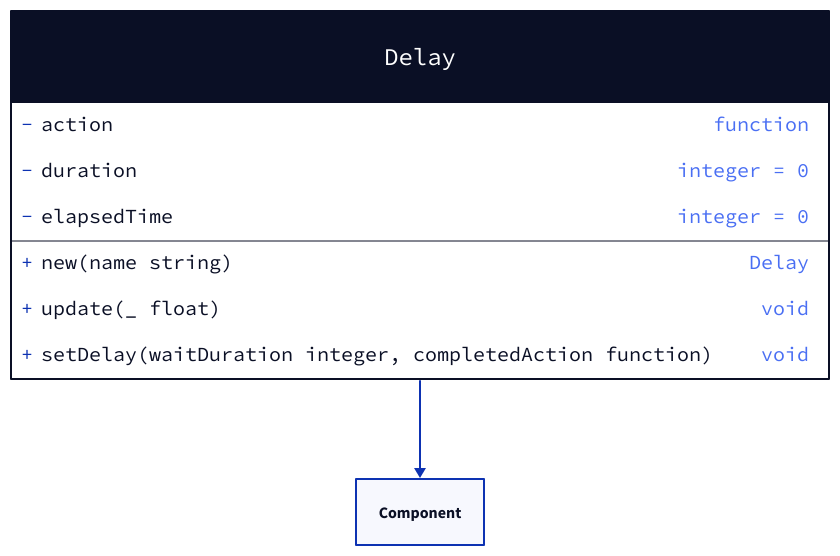
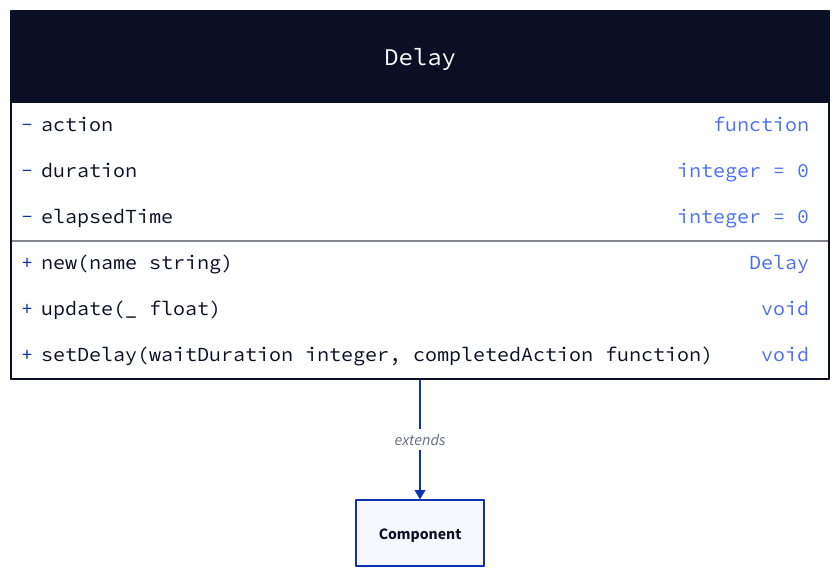
One commit to valcriss/gamingcampus-m1-lua-battletank changed the diagram in docs/delay.d2. Above: the diagram before and after it, drawn with D2. The commit also changed 64 other files, not shown here.

```diff
--- a/docs/delay.d2
+++ b/docs/delay.d2
@@ -1,14 +1,14 @@
 Delay: {
   shape: class
 
   +new(name string): Delay
 
   -action: function
   -duration: integer = 0
   -elapsedTime: integer = 0
 
   +update(_ float): void
   +setDelay(waitDuration integer, completedAction function): void
 }
 
-Delay -> Component
+Delay -> Component: extends
```
